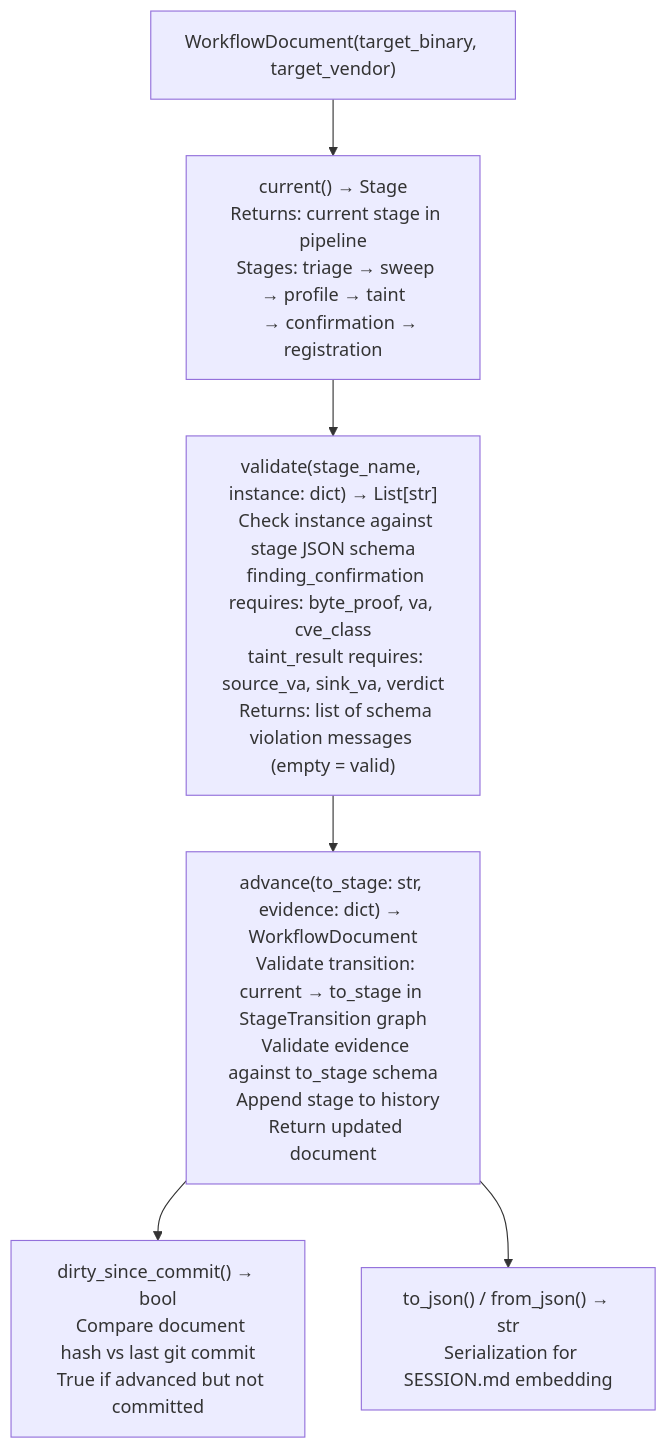
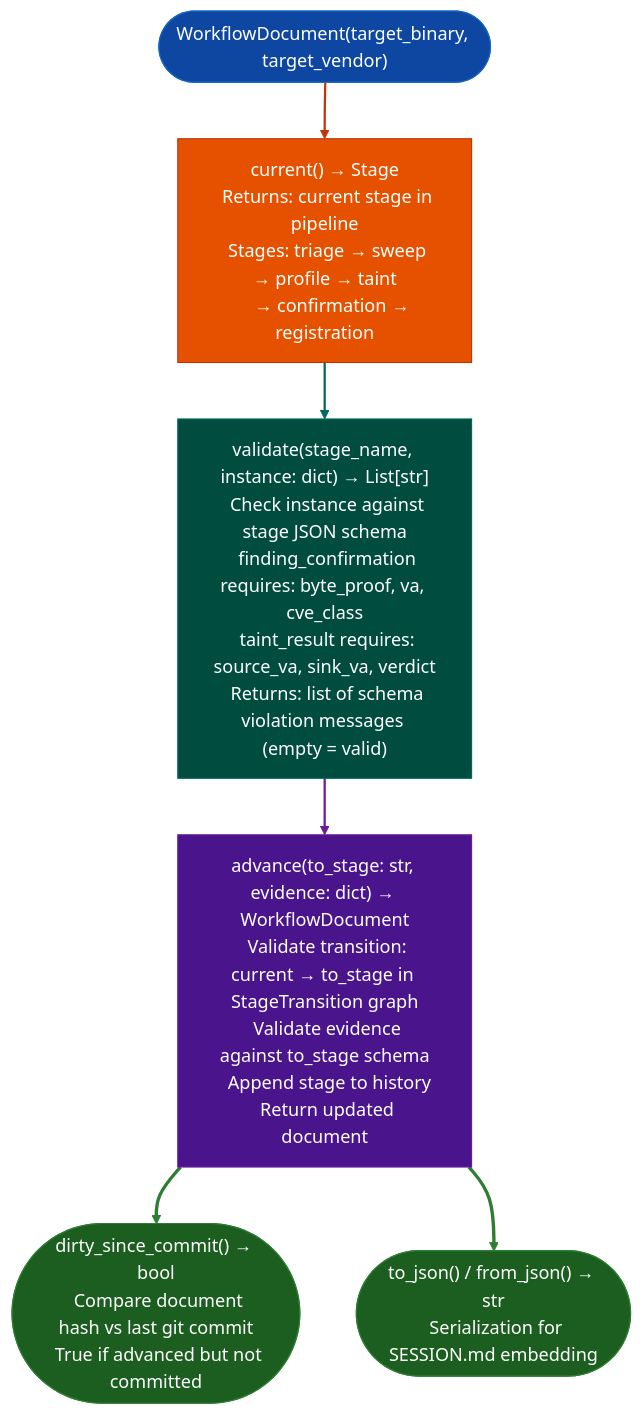
Before and after one commit to Ablation-Tool/ablation: the diagram in docs/reference-modules/documentation-prose-checks.md, drawn with Mermaid. The commit also changed 320 other files, not shown here.

First line of the commit message:
docs: apply canonical Mermaid template to all 321 diagrams

````diff
--- a/docs/reference-modules/documentation-prose-checks.md
+++ b/docs/reference-modules/documentation-prose-checks.md
@@ -19,8 +19,19 @@
 ```mermaid
 flowchart TD
-    A["WorkflowDocument(target_binary, target_vendor)"] --> B["current() → Stage\n  Returns: current stage in pipeline\n  Stages: triage → sweep → profile → taint\n    → confirmation → registration"]
-    B --> C["validate(stage_name, instance: dict) → List[str]\n  Check instance against stage JSON schema\n  finding_confirmation requires: byte_proof, va, cve_class\n  taint_result requires: source_va, sink_va, verdict\n  Returns: list of schema violation messages (empty = valid)"]
-    C --> D["advance(to_stage: str, evidence: dict) → WorkflowDocument\n  Validate transition: current → to_stage in StageTransition graph\n  Validate evidence against to_stage schema\n  Append stage to history\n  Return updated document"]
-    D --> E["dirty_since_commit() → bool\n  Compare document hash vs last git commit\n  True if advanced but not committed"]
-    D --> F["to_json() / from_json() → str\n  Serialization for SESSION.md embedding"]
+    A(["WorkflowDocument(target_binary, target_vendor)"]):::input --> B["current() → Stage\n  Returns: current stage in pipeline\n  Stages: triage → sweep → profile → taint\n    → confirmation → registration"]:::primary
+    B:::primary --> C["validate(stage_name, instance: dict) → List[str]\n  Check instance against stage JSON schema\n  finding_confirmation requires: byte_proof, va, cve_class\n  taint_result requires: source_va, sink_va, verdict\n  Returns: list of schema violation messages (empty = valid)"]:::secondary
+    C:::secondary --> D["advance(to_stage: str, evidence: dict) → WorkflowDocument\n  Validate transition: current → to_stage in StageTransition graph\n  Validate evidence against to_stage schema\n  Append stage to history\n  Return updated document"]:::tertiary
+    D:::tertiary --> E(["dirty_since_commit() → bool\n  Compare document hash vs last git commit\n  True if advanced but not committed"]):::output
+    D:::tertiary --> F(["to_json() / from_json() → str\n  Serialization for SESSION.md embedding"]):::output
+    classDef input     fill:#0d47a1,stroke:#1565c0,color:#fff
+    classDef primary   fill:#e65100,stroke:#bf360c,color:#fff
+    classDef secondary fill:#004d40,stroke:#00695c,color:#fff
+    classDef tertiary  fill:#4a148c,stroke:#6a1b9a,color:#fff
+    classDef neutral   fill:#37474f,stroke:#546e7a,color:#fff
+    classDef output    fill:#1b5e20,stroke:#2e7d32,color:#fff
+    linkStyle 0 stroke:#bf360c,stroke-width:2px
+    linkStyle 1 stroke:#00695c,stroke-width:2px
+    linkStyle 2 stroke:#6a1b9a,stroke-width:2px
+    linkStyle 3 stroke:#2e7d32,stroke-width:3px
+    linkStyle 4 stroke:#2e7d32,stroke-width:3px
 ```
````
